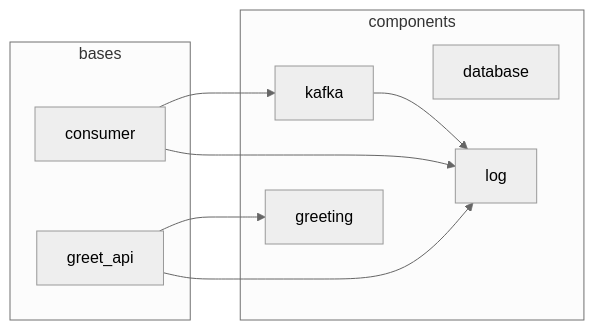
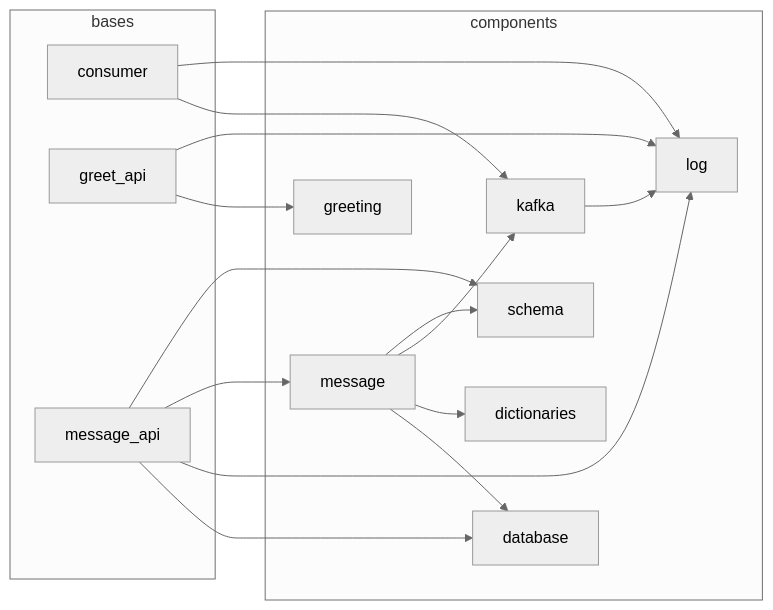
Before and after one commit to aulme/polydep: the diagram in README.md, drawn with Mermaid (neutral theme). The commit also changed other lines of this file and 1 other file, not shown here.

````diff
--- a/README.md
+++ b/README.md
@@ -34,18 +34,30 @@
 ```mermaid
 graph LR
   subgraph bases
     consumer
     greet_api
+    message_api
   end
   subgraph components
     database
+    dictionaries
     greeting
     kafka
     log
+    message
+    schema
   end
   consumer --> kafka
   consumer --> log
   greet_api --> greeting
   greet_api --> log
   kafka --> log
+  message --> database
+  message --> dictionaries
+  message --> kafka
+  message --> schema
+  message_api --> database
+  message_api --> log
+  message_api --> message
+  message_api --> schema
 ```
````
